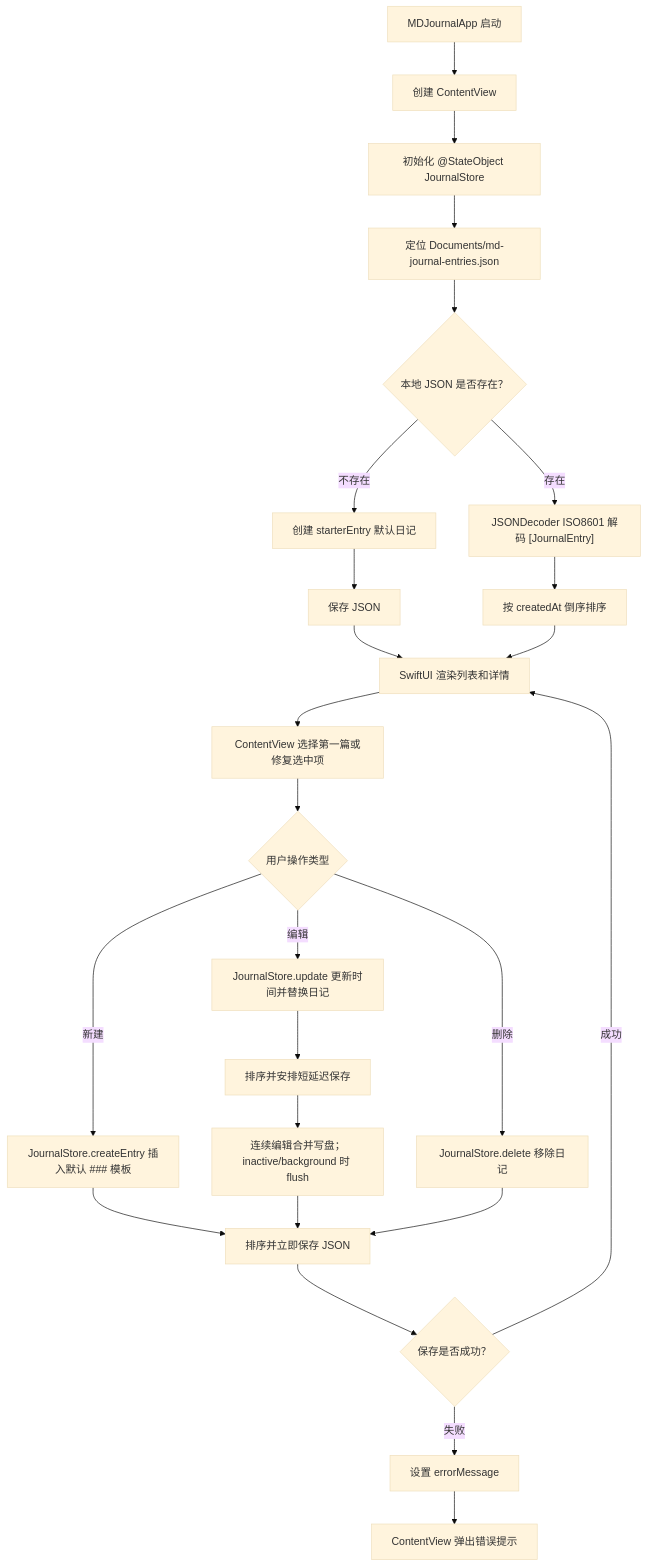
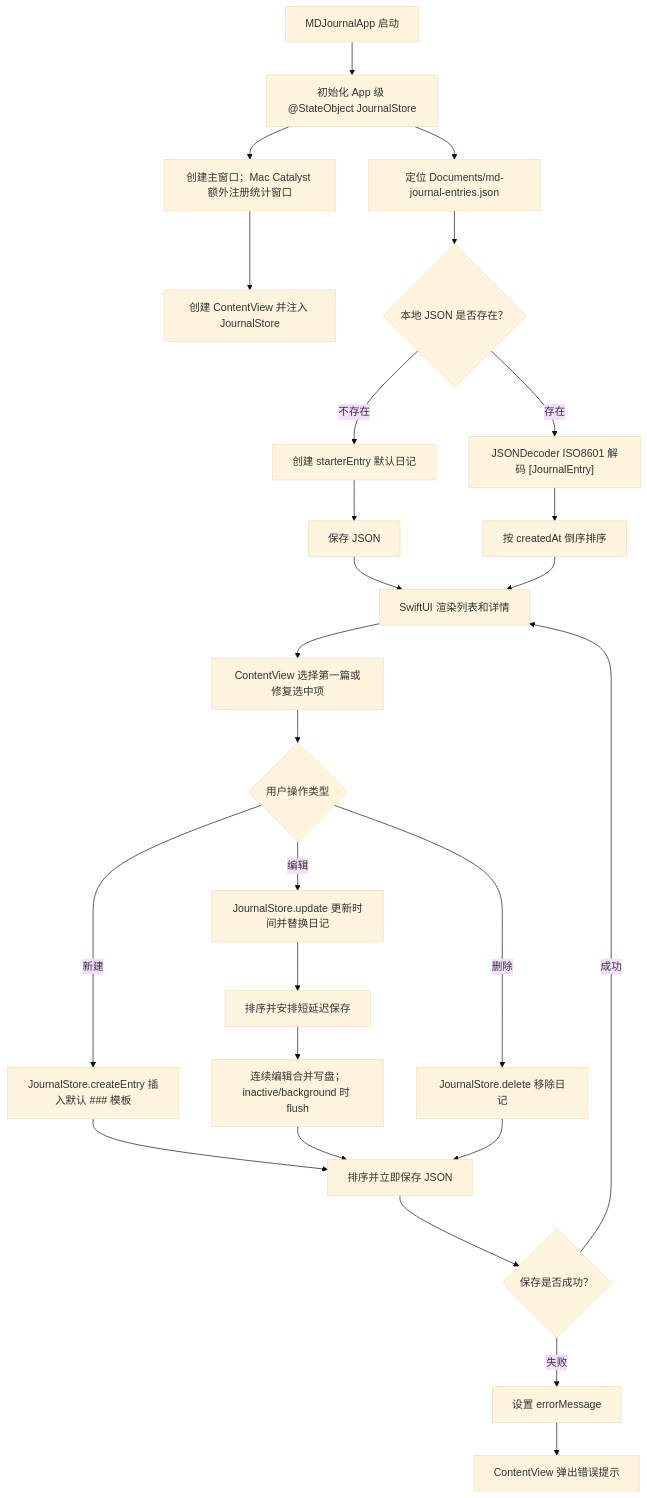
The second of 5 diagrams in md/flow/flowchart.md (Altman-sam114/117), drawn with Mermaid (base theme) before and after one commit. The commit also changed other lines of this file and 9 other files, not shown here.

````diff
--- a/md/flow/flowchart.md
+++ b/md/flow/flowchart.md
@@ -42,27 +42,28 @@
 ```mermaid
 flowchart TD
-  App["MDJournalApp 启动"] --> Content["创建 ContentView"]
-  Content --> InitStore["初始化 @StateObject JournalStore"]
+  App["MDJournalApp 启动"] --> InitStore["初始化 App 级 @StateObject JournalStore"]
+  InitStore --> Scenes["创建主窗口；Mac Catalyst 额外注册统计窗口"]
+  Scenes --> Content["创建 ContentView 并注入 JournalStore"]
   InitStore --> Locate["定位 Documents/md-journal-entries.json"]
   Locate --> Exists{"本地 JSON 是否存在？"}
   Exists -- "不存在" --> Starter["创建 starterEntry 默认日记"]
   Starter --> SaveA["保存 JSON"]
   Exists -- "存在" --> Decode["JSONDecoder ISO8601 解码 [JournalEntry]"]
   Decode --> SortA["按 createdAt 倒序排序"]
   SaveA --> Render["SwiftUI 渲染列表和详情"]
   SortA --> Render
   Render --> Select["ContentView 选择第一篇或修复选中项"]
   Select --> Edit{"用户操作类型"}
   Edit -- "新建" --> Create["JournalStore.createEntry 插入默认 ### 模板"]
   Edit -- "编辑" --> Update["JournalStore.update 更新时间并替换日记"]
   Edit -- "删除" --> Delete["JournalStore.delete 移除日记"]
   Create --> SortSave["排序并立即保存 JSON"]
   Update --> DebouncedSave["排序并安排短延迟保存"]
   DebouncedSave --> Flush["连续编辑合并写盘；inactive/background 时 flush"]
   Flush --> SortSave
   Delete --> SortSave
   SortSave --> OK{"保存是否成功？"}
   OK -- "成功" --> Render
   OK -- "失败" --> SaveError["设置 errorMessage"]
   SaveError --> Alert["ContentView 弹出错误提示"]
 ```
````
